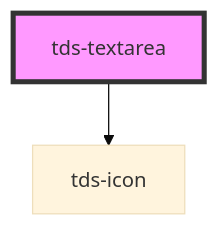
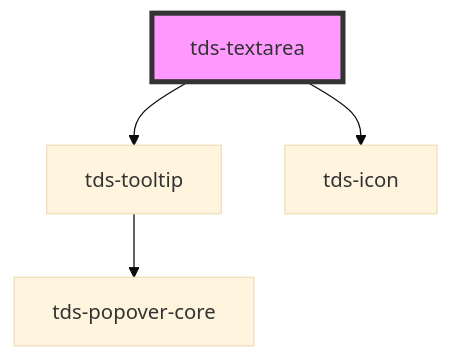
The diagram in packages/core/src/components/textarea/readme.md (scania-digital-design-system/tegel), drawn with Mermaid (base theme) before and after one commit. The commit also changed other lines of this file and 5 other files, not shown here.

Commit message:
feat(textarea): readonly state, toggle readonly icon, updated tooltip

````diff
--- a/packages/core/src/components/textarea/readme.md
+++ b/packages/core/src/components/textarea/readme.md
@@ -46,5 +48,7 @@
 ```mermaid
 graph TD;
+  tds-textarea --> tds-tooltip
   tds-textarea --> tds-icon
+  tds-tooltip --> tds-popover-core
   style tds-textarea fill:#f9f,stroke:#333,stroke-width:4px
 ```
````
